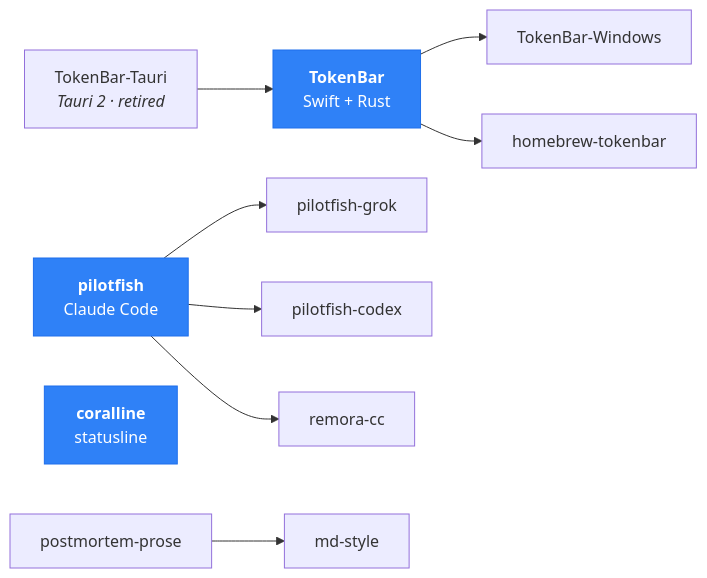
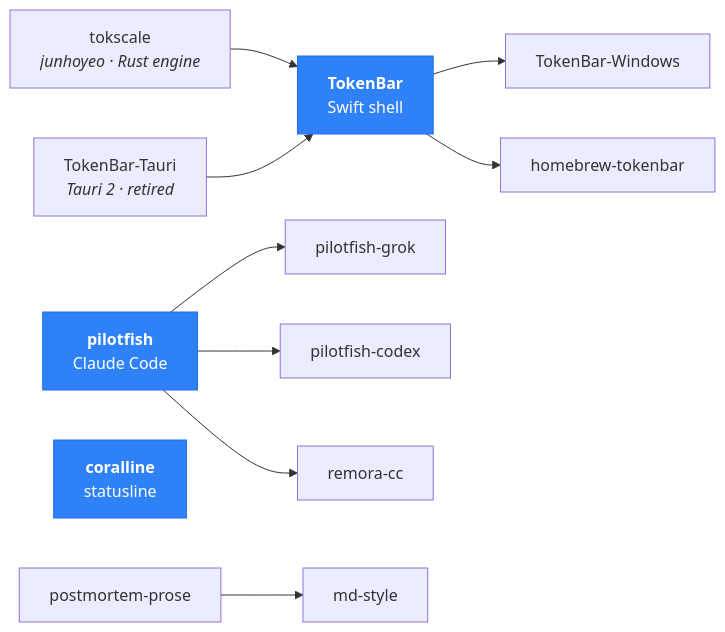
The diagram in README.md (Nanako0129/Nanako0129), drawn with Mermaid before and after one commit. The commit also changed other lines of this file, not shown here.

First line of the commit message:
docs(profile): describe tokscale as TokenBar's engine, not someone else's tool

````diff
--- a/README.md
+++ b/README.md
@@ -114,16 +115,17 @@
 ```mermaid
 graph LR
-  T1["TokenBar-Tauri<br/><i>Tauri 2 · retired</i>"] --> T2["<b>TokenBar</b><br/>Swift + Rust"]
+  TS["tokscale<br/><i>junhoyeo · Rust engine</i>"] --> T2
+  T1["TokenBar-Tauri<br/><i>Tauri 2 · retired</i>"] --> T2["<b>TokenBar</b><br/>Swift shell"]
   T2 --> T3["TokenBar-Windows"]
   T2 --> T4["homebrew-tokenbar"]
 
   P1["<b>pilotfish</b><br/>Claude Code"] --> P2["pilotfish-grok"]
   P1 --> P3["pilotfish-codex"]
   P1 --> P4["remora-cc"]
 
   C1["<b>coralline</b><br/>statusline"]
   W1["postmortem-prose"] --> W2["md-style"]
 
   classDef flagship fill:#2f81f7,stroke:#1f6feb,color:#fff
   class T2,P1,C1 flagship
 ```
````
